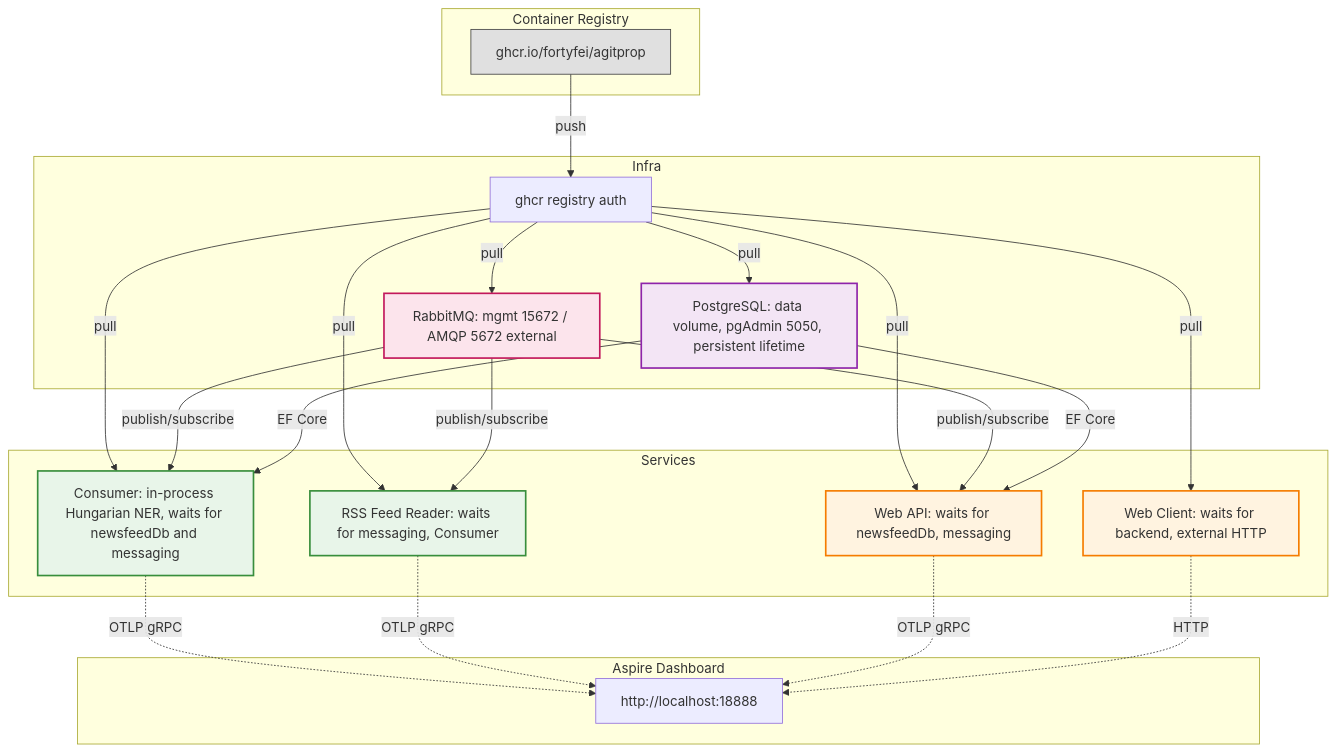
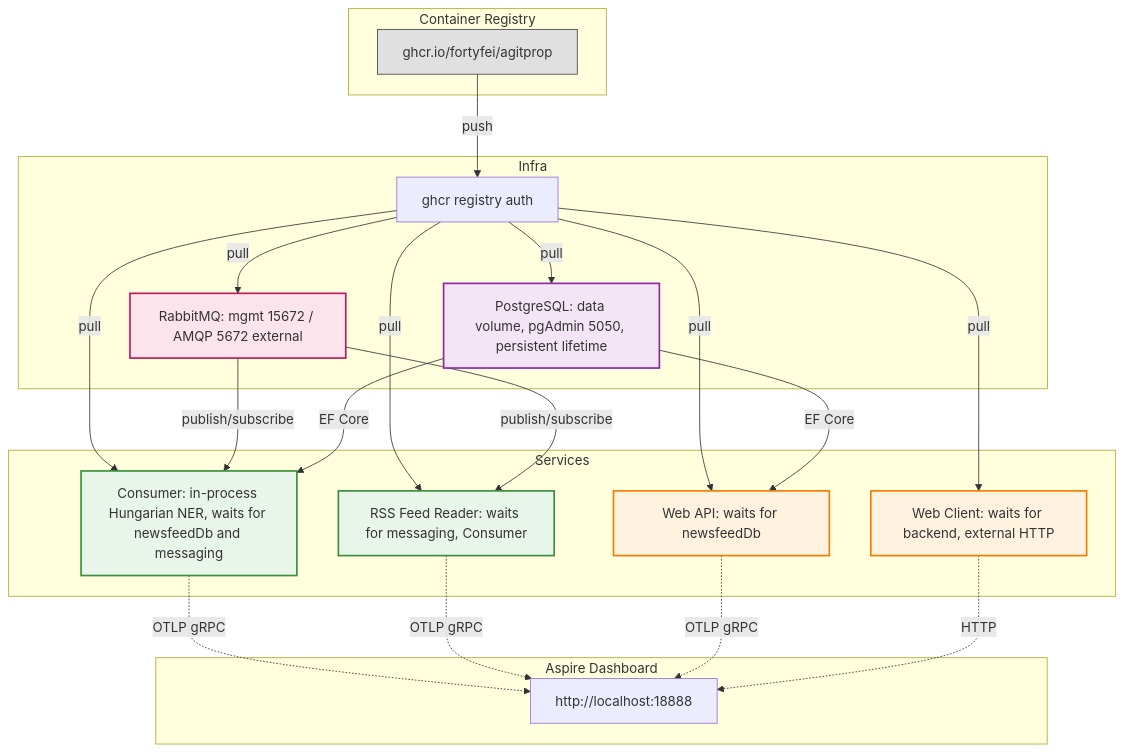
The diagram in .docs/architecture.md (Fortyfei/AgitpropScraper), drawn with Mermaid before and after one commit. The commit also changed other lines of this file and 32 other files, not shown here.

````diff
--- a/.docs/architecture.md
+++ b/.docs/architecture.md
@@ -13,54 +14,52 @@
 ```mermaid
 flowchart TB
     subgraph "Container Registry"
         REG[ghcr.io/fortyfei/agitprop]
     end
 
     subgraph "Aspire Dashboard"
         DIAG[http://localhost:18888]
     end
 
     %% Infrastructure
     subgraph "Infra"
         REG1[ghcr registry auth]
         RABBIT[RabbitMQ: mgmt 15672 / AMQP 5672 external]
         PG[PostgreSQL: data volume, pgAdmin 5050, persistent lifetime]
     end
 
     %% Services
     subgraph "Services"
         CON[Consumer: in-process Hungarian NER, waits for newsfeedDb and messaging]
         RSS[RSS Feed Reader: waits for messaging, Consumer]
-        WEB_API[Web API: waits for newsfeedDb, messaging]
+        WEB_API[Web API: waits for newsfeedDb]
         WEB_CL[Web Client: waits for backend, external HTTP]
     end
 
     %% Connections
     REG -->|push| REG1
     REG1 -->|pull| RABBIT
     REG1 -->|pull| PG
     REG1 -->|pull| CON
     REG1 -->|pull| RSS
     REG1 -->|pull| WEB_API
     REG1 -->|pull| WEB_CL
 
     RABBIT -->|publish/subscribe| CON
     RABBIT -->|publish/subscribe| RSS
-    RABBIT -->|publish/subscribe| WEB_API
-
     PG -->|EF Core| CON
     PG -->|EF Core| WEB_API
 
     CON -.->|OTLP gRPC| DIAG
     RSS -.->|OTLP gRPC| DIAG
     WEB_API -.->|OTLP gRPC| DIAG
     WEB_CL -.->|HTTP| DIAG
 
     style CON fill:#e8f5e9,stroke:#388e3c,stroke-width:2px
     style RSS fill:#e8f5e9,stroke:#388e3c,stroke-width:2px
     style WEB_API fill:#fff3e0,stroke:#f57c00,stroke-width:2px
     style WEB_CL fill:#fff3e0,stroke:#f57c00,stroke-width:2px
     style PG fill:#f3e5f5,stroke:#8e24aa,stroke-width:2px
     style RABBIT fill:#fce4ec,stroke:#c2185b,stroke-width:2px
     style REG fill:#e0e0e0,stroke:#424242,stroke-width:1px
 ```
````
